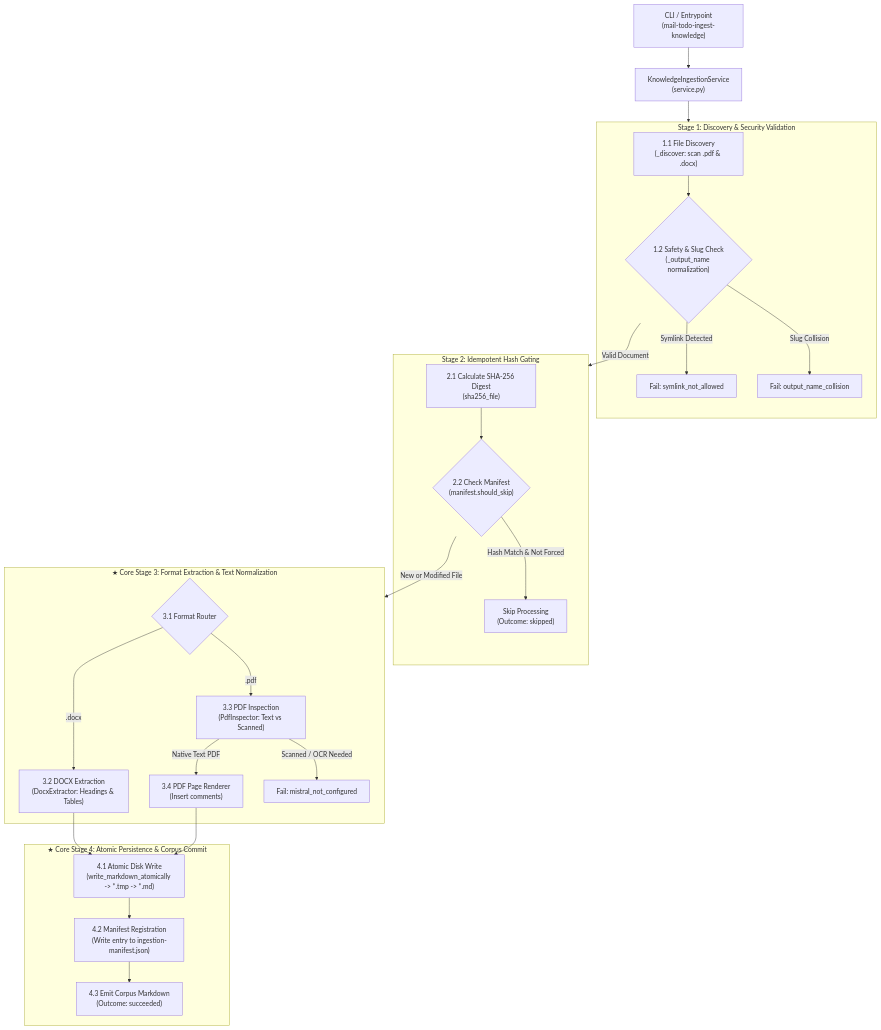
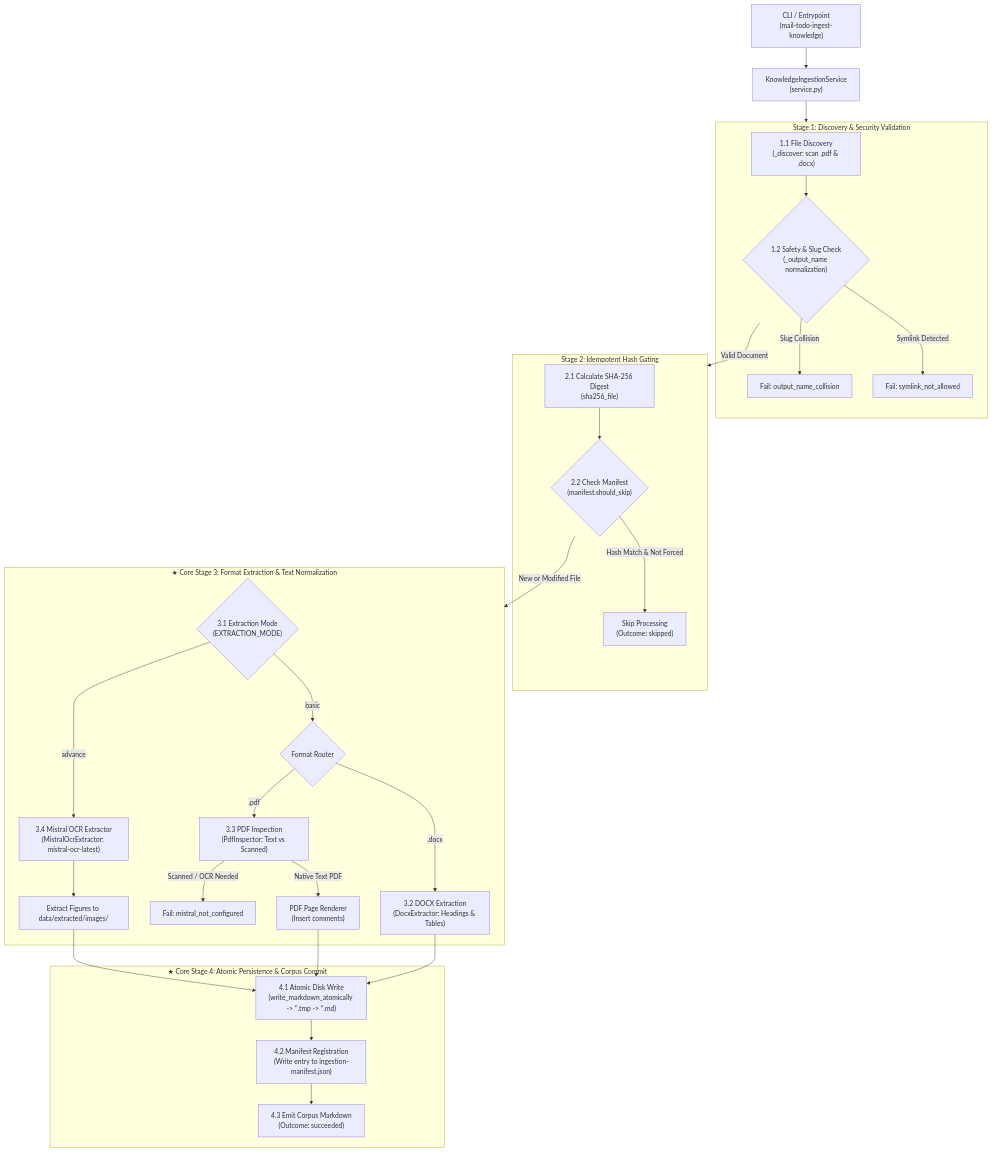
One commit to MathematicGuy/EMAIL-AGENT-v1 changed the first of 2 diagrams in docs/architectures/current-architectures/06-knowledge-and-document-ingestion-pipeline.md. Above: the diagram before and after it, drawn with Mermaid. The commit also changed other lines of this file and 39 other files, not shown here.

Commit message:
docs(architecture): sync current-architectures for single-tenant MVP and clean up stale context

````diff
--- a/docs/architectures/current-architectures/06-knowledge-and-document-ingestion-pipeline.md
+++ b/docs/architectures/current-architectures/06-knowledge-and-document-ingestion-pipeline.md
@@ -36,36 +37,41 @@
 ```mermaid
 flowchart TB
     CLI["CLI / Entrypoint<br/>(mail-todo-ingest-knowledge)"] --> SERVICE["KnowledgeIngestionService<br/>(service.py)"]
 
     subgraph STAGE1["Stage 1: Discovery & Security Validation"]
         DISCOVER["1.1 File Discovery<br/>(_discover: scan .pdf & .docx)"] --> SAFETY{"1.2 Safety & Slug Check<br/>(_output_name normalization)"}
         SAFETY -->|Symlink Detected| REJECT_SYM["Fail: symlink_not_allowed"]
         SAFETY -->|Slug Collision| REJECT_COLL["Fail: output_name_collision"]
     end
 
     SERVICE --> STAGE1
     SAFETY -->|Valid Document| STAGE2
 
     subgraph STAGE2["Stage 2: Idempotent Hash Gating"]
         HASH["2.1 Calculate SHA-256 Digest<br/>(sha256_file)"] --> MANIFEST_CHECK{"2.2 Check Manifest<br/>(manifest.should_skip)"}
         MANIFEST_CHECK -->|Hash Match & Not Forced| SKIP["Skip Processing<br/>(Outcome: skipped)"]
     end
 
     MANIFEST_CHECK -->|New or Modified File| STAGE3
 
     subgraph STAGE3["★ Core Stage 3: Format Extraction & Text Normalization"]
-        ROUTE{"3.1 Format Router"}
+        MODE{"3.1 Extraction Mode<br/>(EXTRACTION_MODE)"}
+        MODE -->|basic| ROUTE{"Format Router"}
+        MODE -->|advance| OCR["3.4 Mistral OCR Extractor<br/>(MistralOcrExtractor: mistral-ocr-latest)"]
+        OCR --> FIGURES["Extract Figures to data/extracted/images/"]
+
         ROUTE -->|.docx| DOCX["3.2 DOCX Extraction<br/>(DocxExtractor: Headings & Tables)"]
         ROUTE -->|.pdf| PDF["3.3 PDF Inspection<br/>(PdfInspector: Text vs Scanned)"]
 
-        PDF -->|Native Text PDF| RENDER_PDF["3.4 PDF Page Renderer<br/>(Insert <!-- Page N --> comments)"]
+        PDF -->|Native Text PDF| RENDER_PDF["PDF Page Renderer<br/>(Insert <!-- Page N --> comments)"]
         PDF -->|Scanned / OCR Needed| FAIL_OCR["Fail: mistral_not_configured"]
     end
 
     subgraph STAGE4["★ Core Stage 4: Atomic Persistence & Corpus Commit"]
         DOCX --> ATOMIC["4.1 Atomic Disk Write<br/>(write_markdown_atomically -> *.tmp -> *.md)"]
         RENDER_PDF --> ATOMIC
+        FIGURES --> ATOMIC
         ATOMIC --> RECORD["4.2 Manifest Registration<br/>(Write entry to ingestion-manifest.json)"]
         RECORD --> SUCCESS["4.3 Emit Corpus Markdown<br/>(Outcome: succeeded)"]
     end
 ```
````
